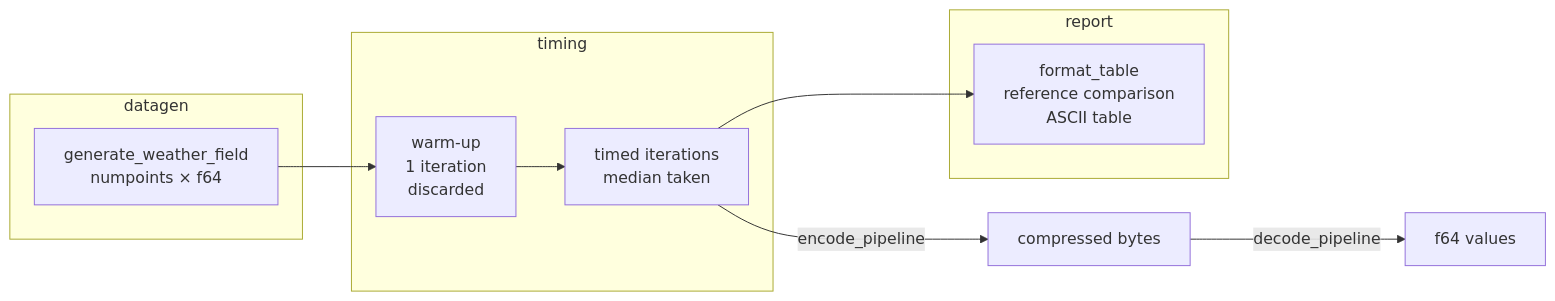
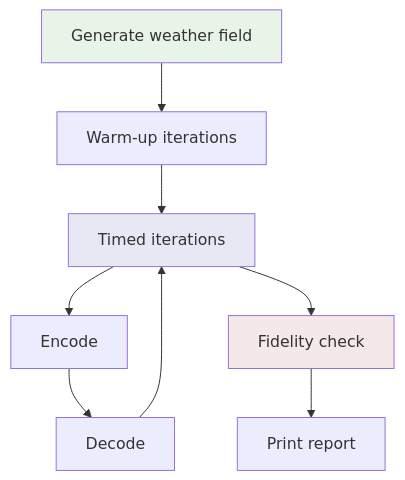
One commit to ecmwf/tensogram changed the diagram in docs/src/guide/benchmarks.md. Above: the diagram before and after it, drawn with Mermaid. The commit also changed other lines of this file and 1 other file, not shown here.

````diff
--- a/docs/src/guide/benchmarks.md
+++ b/docs/src/guide/benchmarks.md
@@ -139,17 +112,14 @@
 ```mermaid
-flowchart LR
-    subgraph datagen
-        G[generate_weather_field\nnumpoints × f64]
-    end
-    subgraph timing
-        W[warm-up\n1 iteration\ndiscarded]
-        T[timed iterations\nmedian taken]
-    end
-    subgraph report
-        R[format_table\nreference comparison\nASCII table]
-    end
+flowchart TD
+    G[Generate weather field] --> W[Warm-up iterations]
+    W --> T[Timed iterations]
+    T --> E[Encode]
+    E --> D[Decode]
+    D --> T
+    T --> F[Fidelity check]
+    F --> R[Print report]
 
-    G --> W --> T --> R
-    T --> |encode_pipeline| Enc[compressed bytes]
-    Enc --> |decode_pipeline| Dec[f64 values]
+    style G fill:#e8f4e8
+    style T fill:#e8e8f4
+    style F fill:#f4e8e8
 ```
````
